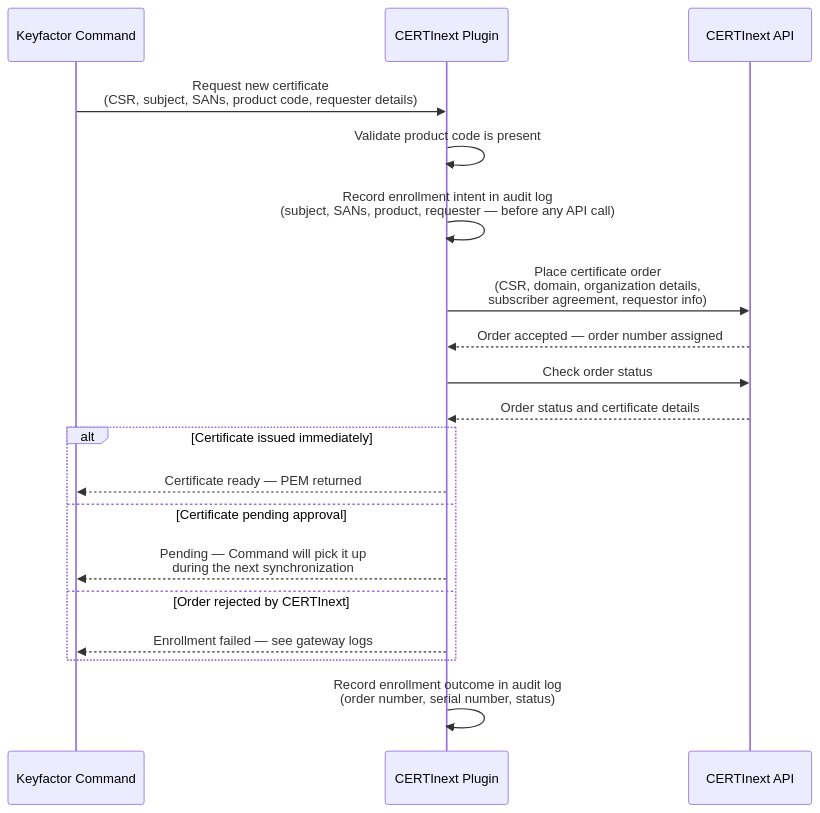
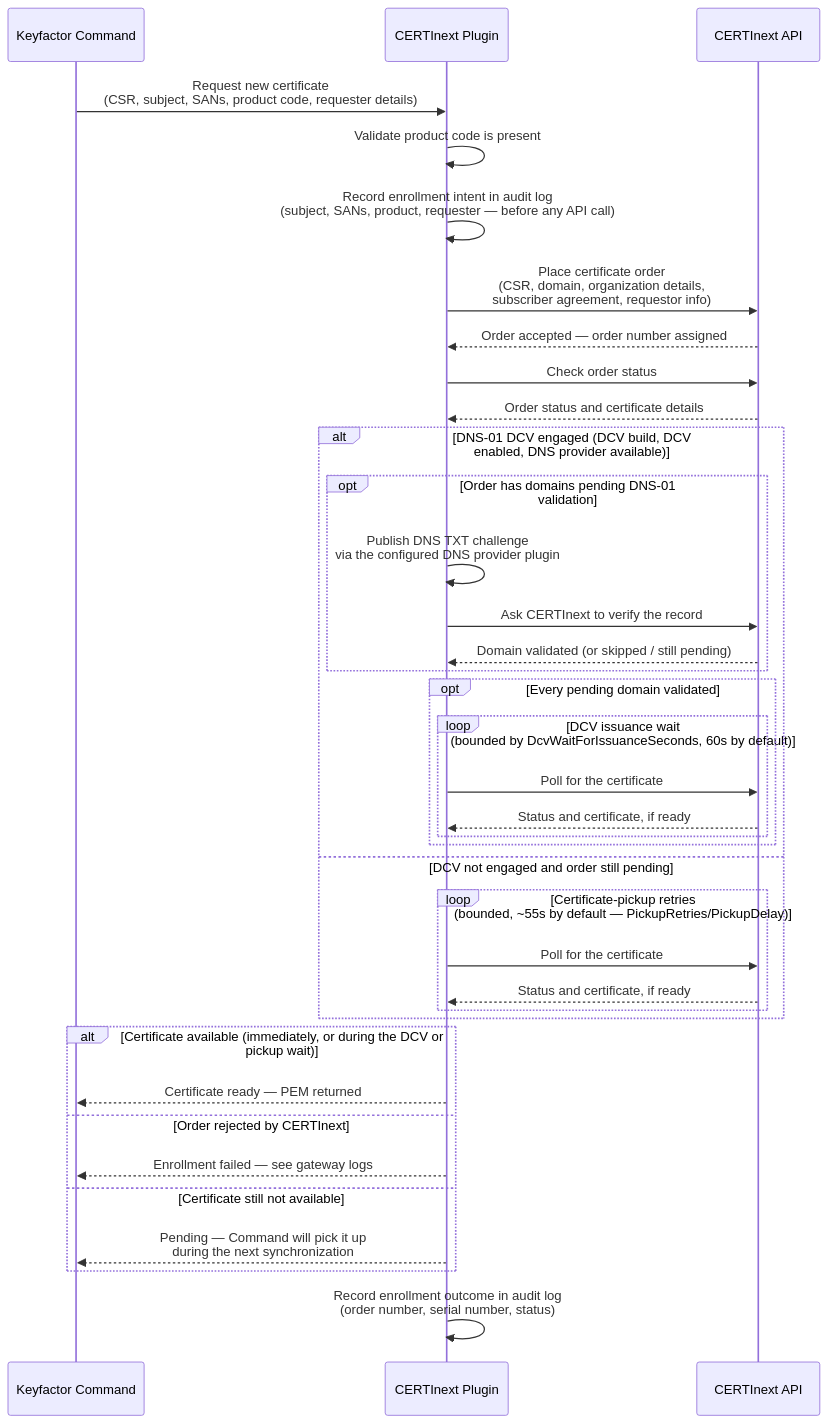
The third of 6 diagrams in README.md (Keyfactor/certinext-caplugin), drawn with Mermaid before and after one commit. The commit also changed other lines of this file and 102 other files, not shown here.

````diff
--- a/README.md
+++ b/README.md
@@ -464,26 +433,44 @@
 ```mermaid
 sequenceDiagram
     participant CMD as Keyfactor Command
     participant Plugin as CERTInext Plugin
     participant API as CERTInext API
 
     CMD->>Plugin: Request new certificate<br/>(CSR, subject, SANs, product code, requester details)
     Plugin->>Plugin: Validate product code is present
     Plugin->>Plugin: Record enrollment intent in audit log<br/>(subject, SANs, product, requester — before any API call)
 
     Plugin->>API: Place certificate order<br/>(CSR, domain, organization details,<br/>subscriber agreement, requestor info)
     API-->>Plugin: Order accepted — order number assigned
-
     Plugin->>API: Check order status
     API-->>Plugin: Order status and certificate details
 
-    alt Certificate issued immediately
+    alt DNS-01 DCV engaged (DCV build, DCV enabled, DNS provider available)
+        opt Order has domains pending DNS-01 validation
+            Plugin->>Plugin: Publish DNS TXT challenge<br/>via the configured DNS provider plugin
+            Plugin->>API: Ask CERTInext to verify the record
+            API-->>Plugin: Domain validated (or skipped / still pending)
+        end
+        opt Every pending domain validated
+            loop DCV issuance wait<br/>(bounded by DcvWaitForIssuanceSeconds, 60s by default)
+                Plugin->>API: Poll for the certificate
+                API-->>Plugin: Status and certificate, if ready
+            end
+        end
+    else DCV not engaged and order still pending
+        loop Certificate-pickup retries<br/>(bounded, ~55s by default — PickupRetries/PickupDelay)
+            Plugin->>API: Poll for the certificate
+            API-->>Plugin: Status and certificate, if ready
+        end
+    end
+
+    alt Certificate available (immediately, or during the DCV or pickup wait)
         Plugin-->>CMD: Certificate ready — PEM returned
-    else Certificate pending approval
-        Plugin-->>CMD: Pending — Command will pick it up<br/>during the next synchronization
     else Order rejected by CERTInext
         Plugin-->>CMD: Enrollment failed — see gateway logs
+    else Certificate still not available
+        Plugin-->>CMD: Pending — Command will pick it up<br/>during the next synchronization
     end
 
     Plugin->>Plugin: Record enrollment outcome in audit log<br/>(order number, serial number, status)
 ```
````
